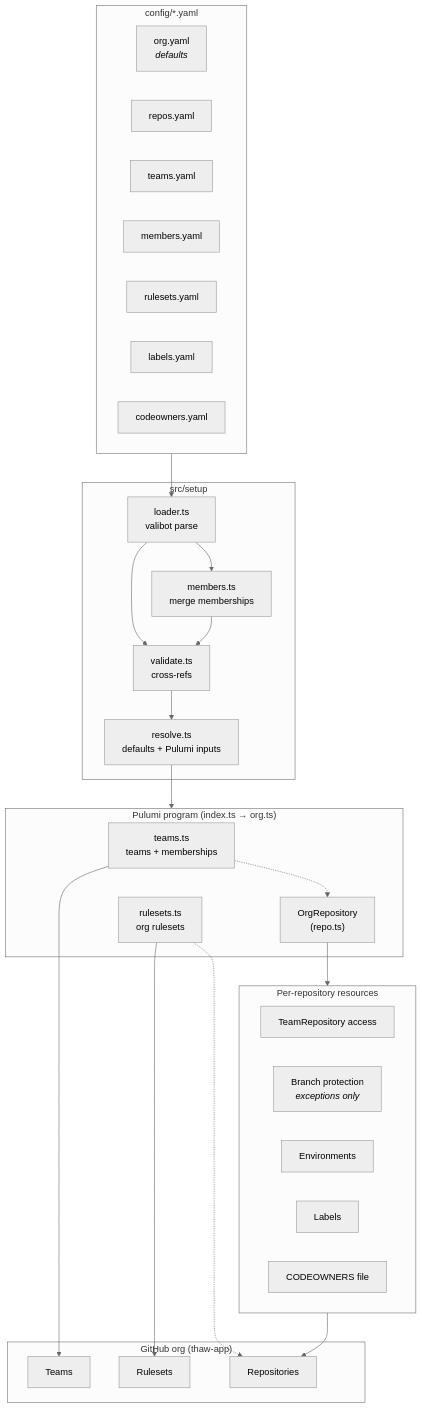
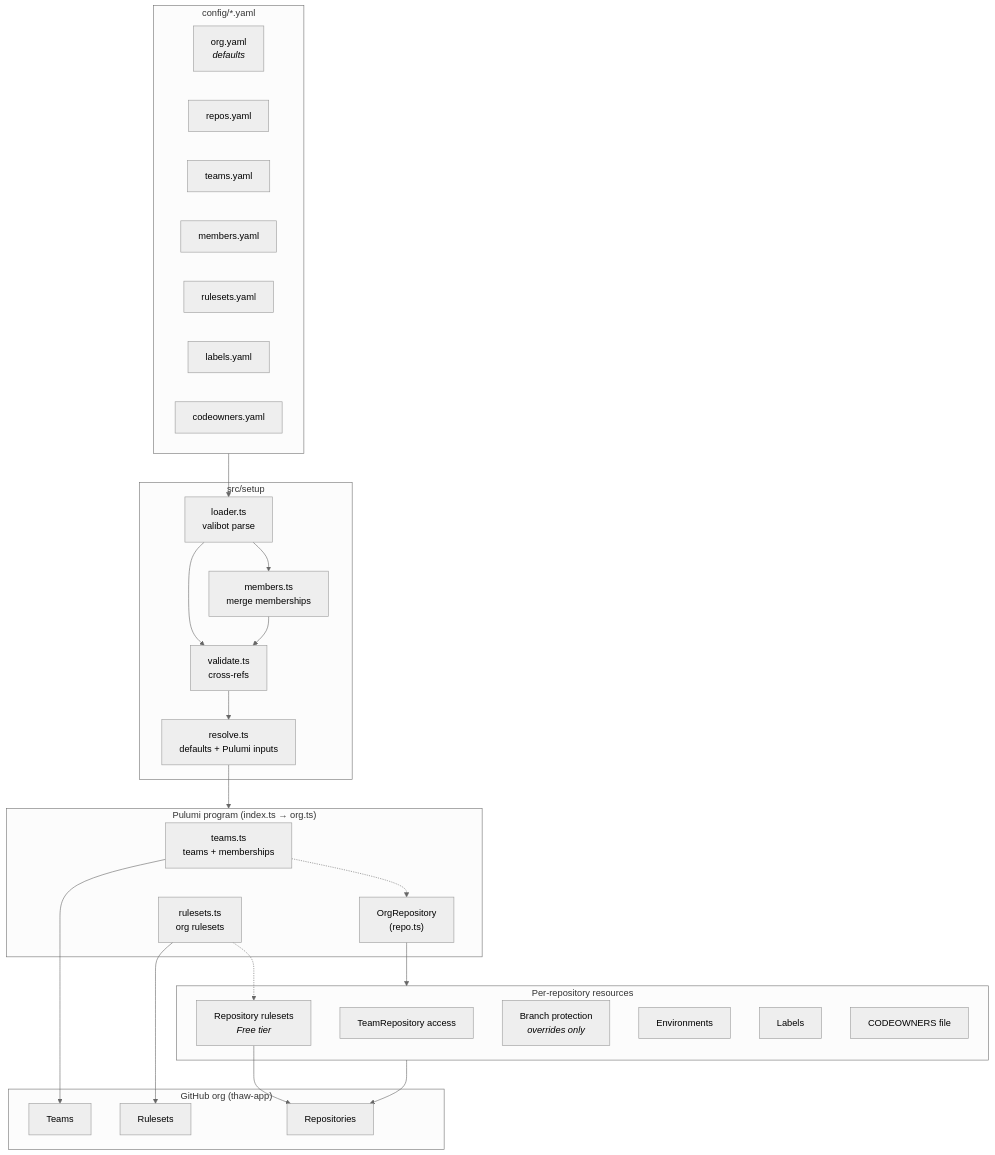
One commit to thaw-app/platform changed the diagram in docs/architecture.mmd. Above: the diagram before and after it, drawn with Mermaid (neutral theme). The commit also changed 12 other files, not shown here.

First line of the commit message:
fix(rulesets): provision RepositoryRuleset per repo on Free tier (#6)

```diff
--- a/docs/architecture.mmd
+++ b/docs/architecture.mmd
@@ -1,51 +1,53 @@
 flowchart TB
   subgraph config["config/*.yaml"]
     org["org.yaml<br/><i>defaults</i>"]
     repos["repos.yaml"]
     teams["teams.yaml"]
     members["members.yaml"]
     rulesets["rulesets.yaml"]
     labels["labels.yaml"]
     codeowners["codeowners.yaml"]
   end
 
   subgraph setup["src/setup"]
     loader["loader.ts<br/>valibot parse"]
     validate["validate.ts<br/>cross-refs"]
     membersMerge["members.ts<br/>merge memberships"]
     resolve["resolve.ts<br/>defaults + Pulumi inputs"]
   end
 
   subgraph program["Pulumi program (index.ts → org.ts)"]
     teamsRes["teams.ts<br/>teams + memberships"]
     rulesetsRes["rulesets.ts<br/>org rulesets"]
     repoRes["OrgRepository<br/>(repo.ts)"]
   end
 
   subgraph perRepo["Per-repository resources"]
     teamAccess["TeamRepository access"]
-    branchBp["Branch protection<br/><i>exceptions only</i>"]
+    repoRs["Repository rulesets<br/><i>Free tier</i>"]
+    branchBp["Branch protection<br/><i>overrides only</i>"]
     envs["Environments"]
     repoLabels["Labels"]
     co["CODEOWNERS file"]
   end
 
   subgraph github["GitHub org (thaw-app)"]
     ghTeams["Teams"]
     ghRulesets["Rulesets"]
     ghRepos["Repositories"]
   end
 
   config --> loader
   loader --> validate
   loader --> membersMerge
   membersMerge --> validate
   validate --> resolve
   resolve --> program
   teamsRes --> ghTeams
   rulesetsRes --> ghRulesets
   repoRes --> perRepo
   perRepo --> ghRepos
+  repoRs --> ghRepos
 
   teamsRes -.-> repoRes
-  rulesetsRes -.-> ghRepos
+  rulesetsRes -.-> repoRs
```
